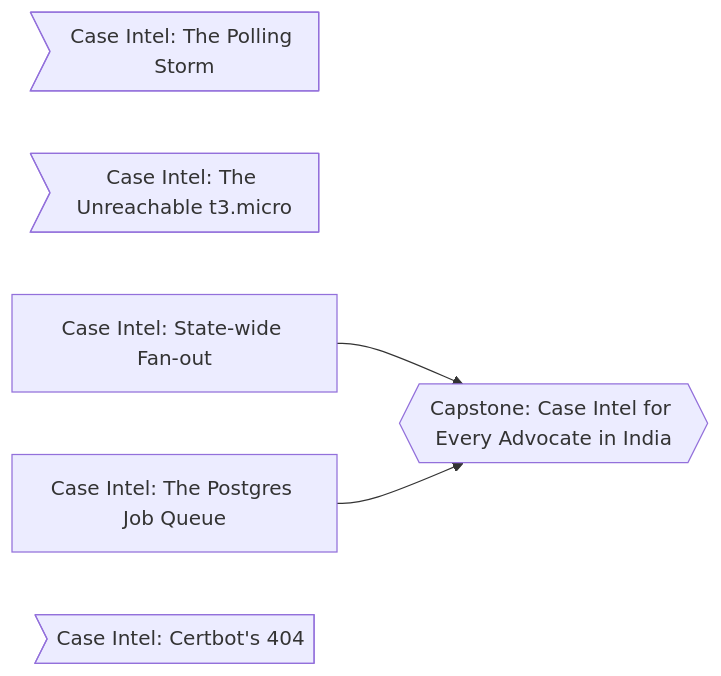
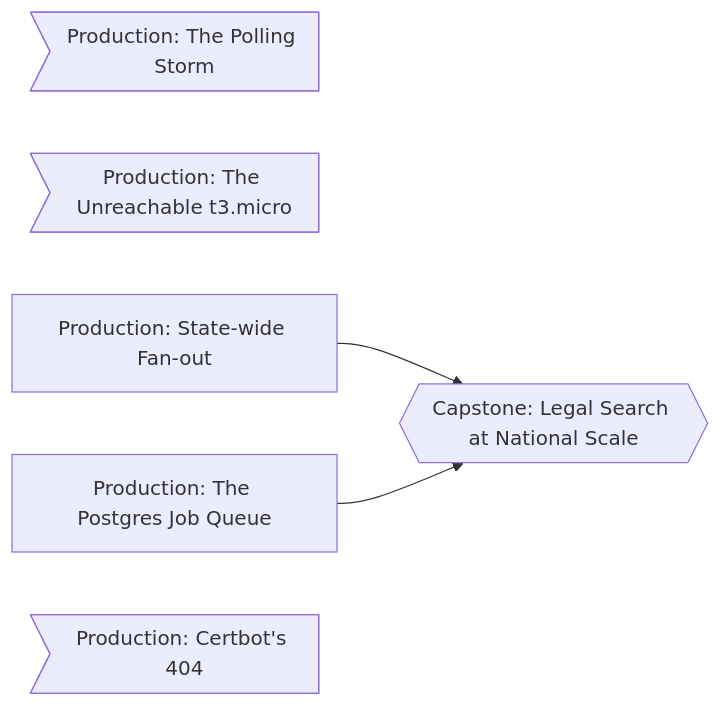
Before and after one commit to Bugs0007/NINES: diagram 32 of 32 in CONTENT_PLAN.md, drawn with Mermaid. The commit also changed other lines of this file and 50 other files, not shown here.

````diff
--- a/CONTENT_PLAN.md
+++ b/CONTENT_PLAN.md
@@ -1207,11 +1207,11 @@
 ```mermaid
 flowchart LR
-  ci_polling_storm>"Case Intel: The Polling Storm"]
-  ci_t3_unreachable>"Case Intel: The Unreachable t3.micro"]
-  ci_district_fanout["Case Intel: State-wide Fan-out"]
-  ci_pg_job_queue["Case Intel: The Postgres Job Queue"]
-  ci_certbot_404>"Case Intel: Certbot's 404"]
-  capstone_case_intel_india{{"Capstone: Case Intel for Every Advocate in India"}}
-  ci_district_fanout --> capstone_case_intel_india
-  ci_pg_job_queue --> capstone_case_intel_india
+  prod_polling_storm>"Production: The Polling Storm"]
+  prod_t3_unreachable>"Production: The Unreachable t3.micro"]
+  prod_state_fanout["Production: State-wide Fan-out"]
+  prod_pg_job_queue["Production: The Postgres Job Queue"]
+  prod_certbot_404>"Production: Certbot's 404"]
+  capstone_legal_search{{"Capstone: Legal Search at National Scale"}}
+  prod_state_fanout --> capstone_legal_search
+  prod_pg_job_queue --> capstone_legal_search
 ```
````
